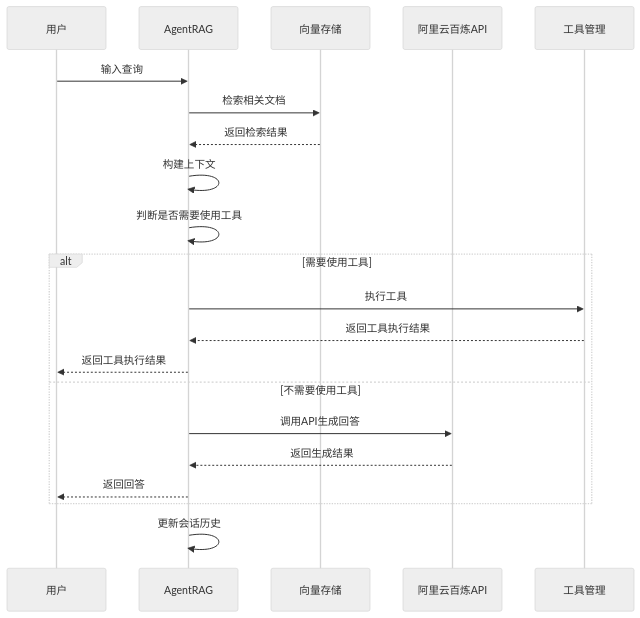
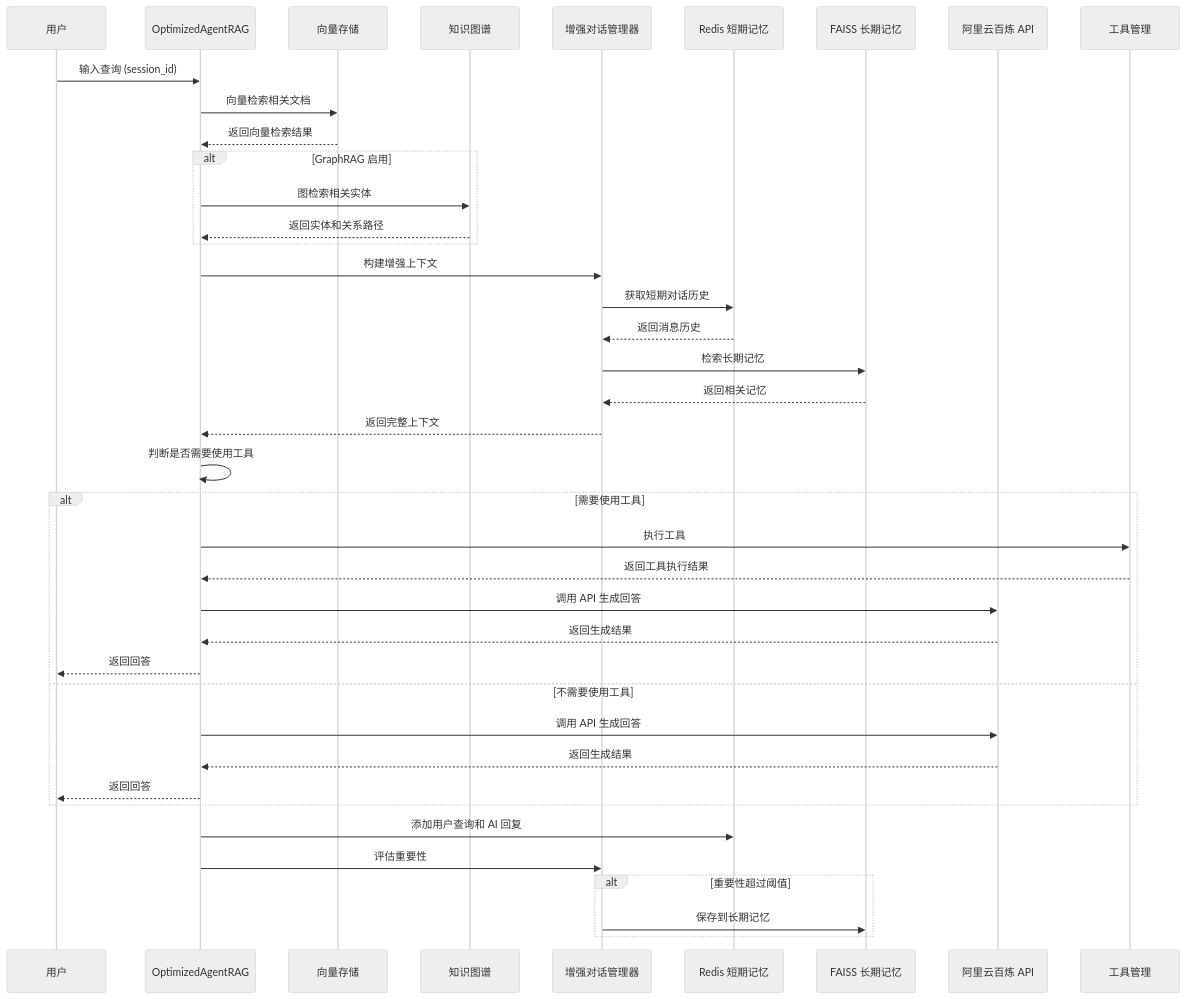
The second of 2 diagrams in README.md (panzerdream/jingming), drawn with Mermaid (neutral theme) before and after one commit. The commit also changed other lines of this file, not shown here.

````diff
--- a/README.md
+++ b/README.md
@@ -331,26 +559,50 @@
 ```mermaid
 sequenceDiagram
     participant User as 用户
-    participant Agent as AgentRAG
+    participant Agent as OptimizedAgentRAG
     participant VecStore as 向量存储
-    participant API as 阿里云百炼API
+    participant Graph as 知识图谱
+    participant ConvMgr as 增强对话管理器
+    participant Redis as Redis 短期记忆
+    participant VecLong as FAISS 长期记忆
+    participant API as 阿里云百炼 API
     participant Tool as 工具管理
-
-    User->>Agent: 输入查询
-    Agent->>VecStore: 检索相关文档
-    VecStore-->>Agent: 返回检索结果
-    Agent->>Agent: 构建上下文
+    
+    User->>Agent: 输入查询 (session_id)
+    
+    Agent->>VecStore: 向量检索相关文档
+    VecStore-->>Agent: 返回向量检索结果
+    
+    alt GraphRAG 启用
+        Agent->>Graph: 图检索相关实体
+        Graph-->>Agent: 返回实体和关系路径
+    end
+    
+    Agent->>ConvMgr: 构建增强上下文
+    ConvMgr->>Redis: 获取短期对话历史
+    Redis-->>ConvMgr: 返回消息历史
+    ConvMgr->>VecLong: 检索长期记忆
+    VecLong-->>ConvMgr: 返回相关记忆
+    ConvMgr-->>Agent: 返回完整上下文
+    
     Agent->>Agent: 判断是否需要使用工具
     
     alt 需要使用工具
         Agent->>Tool: 执行工具
         Tool-->>Agent: 返回工具执行结果
-        Agent-->>User: 返回工具执行结果
+        Agent->>API: 调用 API 生成回答
+        API-->>Agent: 返回生成结果
+        Agent-->>User: 返回回答
     else 不需要使用工具
-        Agent->>API: 调用API生成回答
+        Agent->>API: 调用 API 生成回答
         API-->>Agent: 返回生成结果
         Agent-->>User: 返回回答
     end
     
-    Agent->>Agent: 更新会话历史
+    Agent->>Redis: 添加用户查询和 AI 回复
+    Agent->>ConvMgr: 评估重要性
+    
+    alt 重要性超过阈值
+        ConvMgr->>VecLong: 保存到长期记忆
+    end
 ```
````
